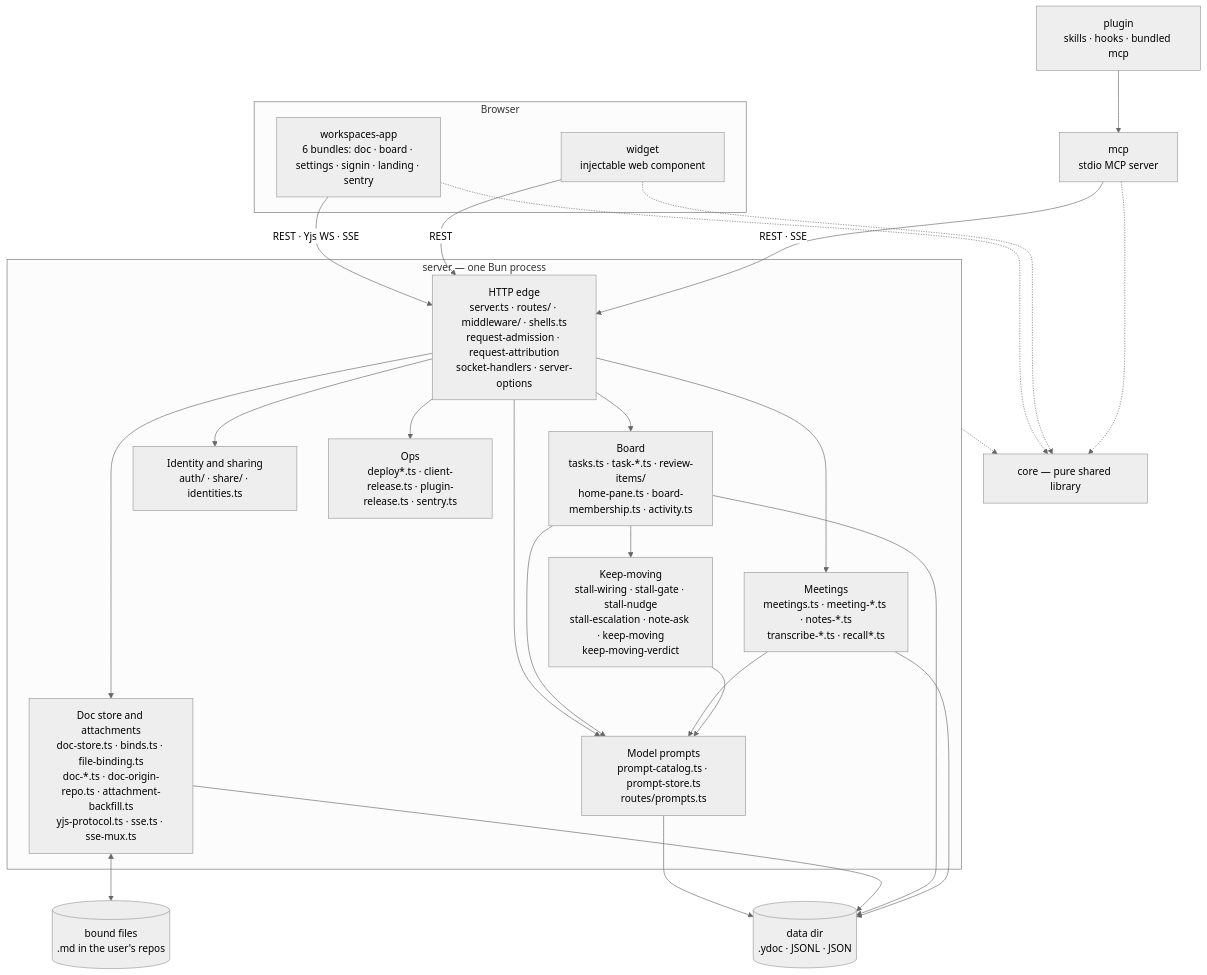
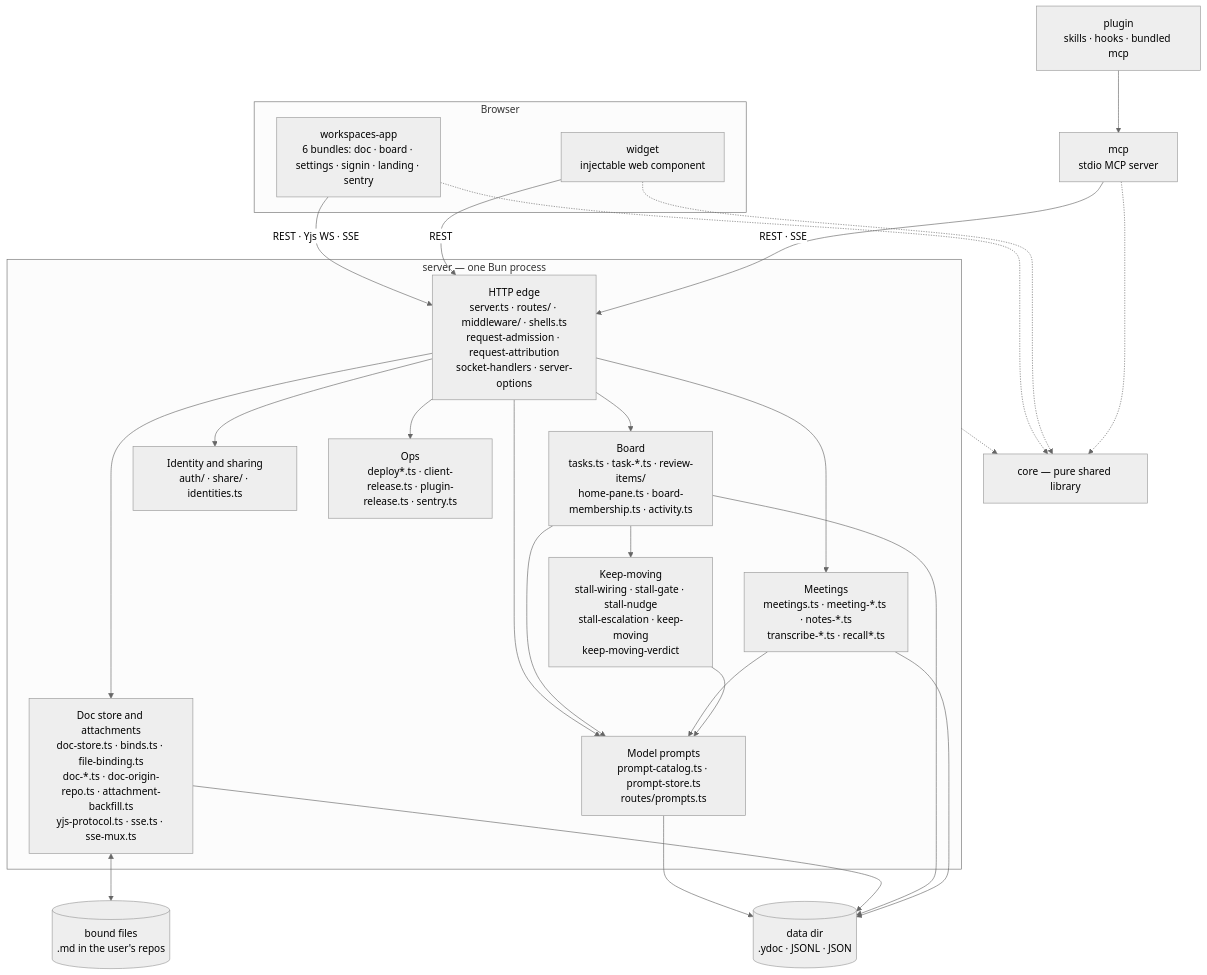
One commit to fryanpan/claude-workspaces-plugin changed the first of 2 diagrams in docs/architecture/overview.md. Above: the diagram before and after it, drawn with Mermaid (neutral theme). The commit also changed other lines of this file and 28 other files, not shown here.

````diff
--- a/docs/architecture/overview.md
+++ b/docs/architecture/overview.md
@@ -45,35 +45,35 @@
 ```mermaid
 flowchart TB
   subgraph browser[Browser]
     app["workspaces-app<br/>6 bundles: doc · board · settings · signin · landing · sentry"]
     wid["widget<br/>injectable web component"]
   end
   plug["plugin<br/>skills · hooks · bundled mcp"]
   mcp["mcp<br/>stdio MCP server"]
   subgraph srv["server — one Bun process"]
     edge["HTTP edge<br/>server.ts · routes/ · middleware/ · shells.ts<br/>request-admission · request-attribution<br/>socket-handlers · server-options"]
     docs["Doc store and attachments<br/>doc-store.ts · binds.ts · file-binding.ts<br/>doc-*.ts · doc-origin-repo.ts · attachment-backfill.ts<br/>yjs-protocol.ts · sse.ts · sse-mux.ts"]
     board["Board<br/>tasks.ts · task-*.ts · review-items/<br/>home-pane.ts · board-membership.ts · activity.ts"]
     meet["Meetings<br/>meetings.ts · meeting-*.ts · notes-*.ts<br/>transcribe-*.ts · recall*.ts"]
-    keep["Keep-moving<br/>stall-wiring · stall-gate · stall-nudge<br/>stall-escalation · note-ask · keep-moving<br/>keep-moving-verdict"]
+    keep["Keep-moving<br/>stall-wiring · stall-gate · stall-nudge<br/>stall-escalation · keep-moving<br/>keep-moving-verdict"]
     ident["Identity and sharing<br/>auth/ · share/ · identities.ts"]
     prompts["Model prompts<br/>prompt-catalog.ts · prompt-store.ts<br/>routes/prompts.ts"]
     ops["Ops<br/>deploy*.ts · client-release.ts · plugin-release.ts · sentry.ts"]
   end
   core["core — pure shared library"]
   disk[("data dir<br/>.ydoc · JSONL · JSON")]
   files[("bound files<br/>.md in the user's repos")]
 
   app -->|"REST · Yjs WS · SSE"| edge
   wid -->|REST| edge
   plug --> mcp
   mcp -->|"REST · SSE"| edge
   edge --> docs & board & meet & ident & ops & prompts
   board & meet & keep --> prompts
   prompts --> disk
   board --> keep
   docs <--> files
   docs & board & meet --> disk
   app & wid & mcp -.-> core
   srv -.-> core
 ```
````
